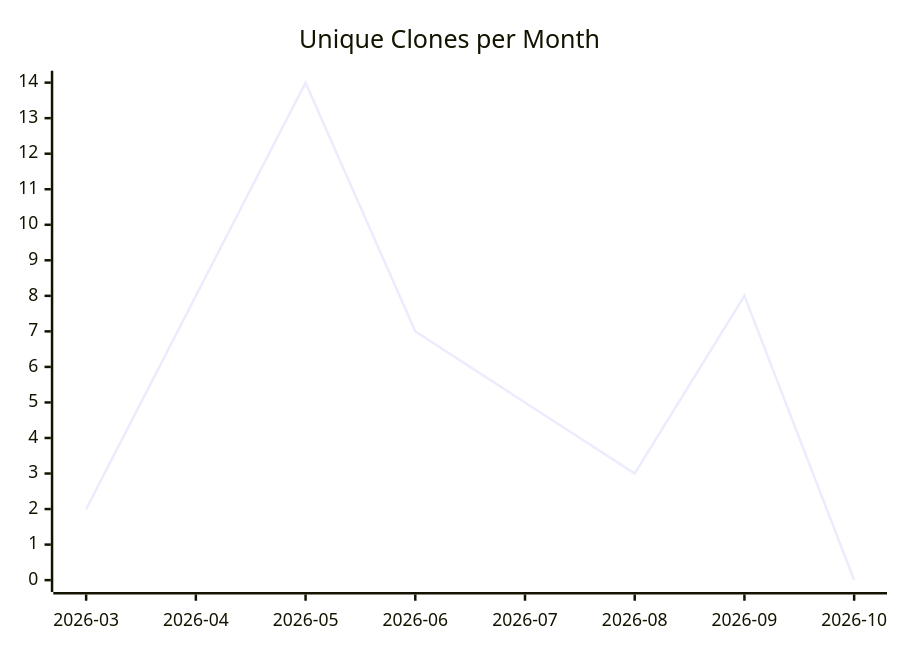
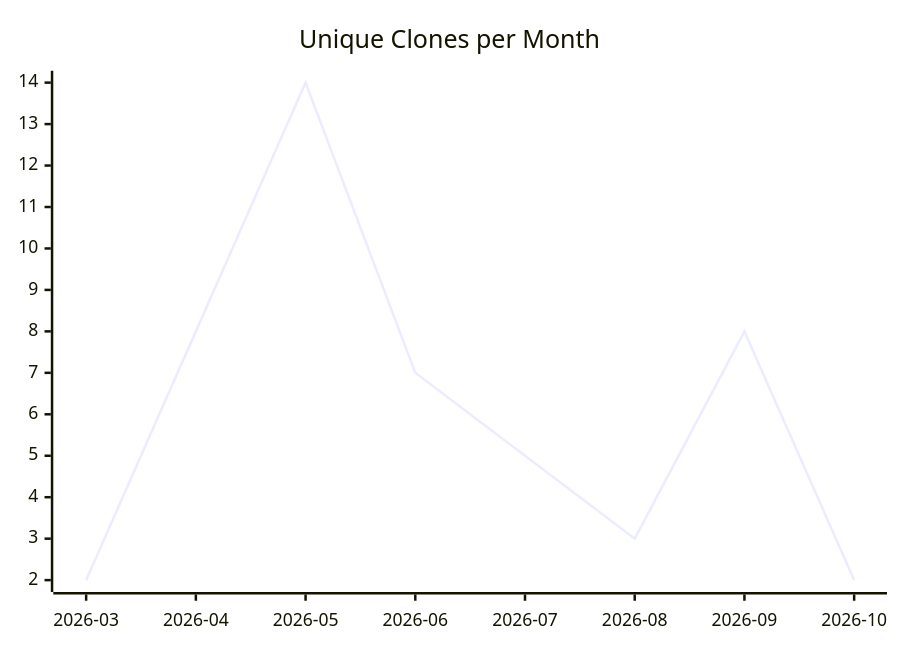
Before and after one commit to justdavis-family/github-analytics-data: the third of 3 diagrams in karlmdavis/hello-rust-actix/README.md, drawn with Mermaid. The commit also changed other lines of this file and 203 other files, not shown here.

````diff
--- a/karlmdavis/hello-rust-actix/README.md
+++ b/karlmdavis/hello-rust-actix/README.md
@@ -19,6 +19,6 @@
 ```mermaid
 xychart-beta
   title "Unique Clones per Month"
   x-axis ["2026-03", "2026-04", "2026-05", "2026-06", "2026-07", "2026-08", "2026-09", "2026-10"]
-  line [2, 8, 14, 7, 5, 3, 8, 0]
+  line [2, 8, 14, 7, 5, 3, 8, 2]
 ```
````
